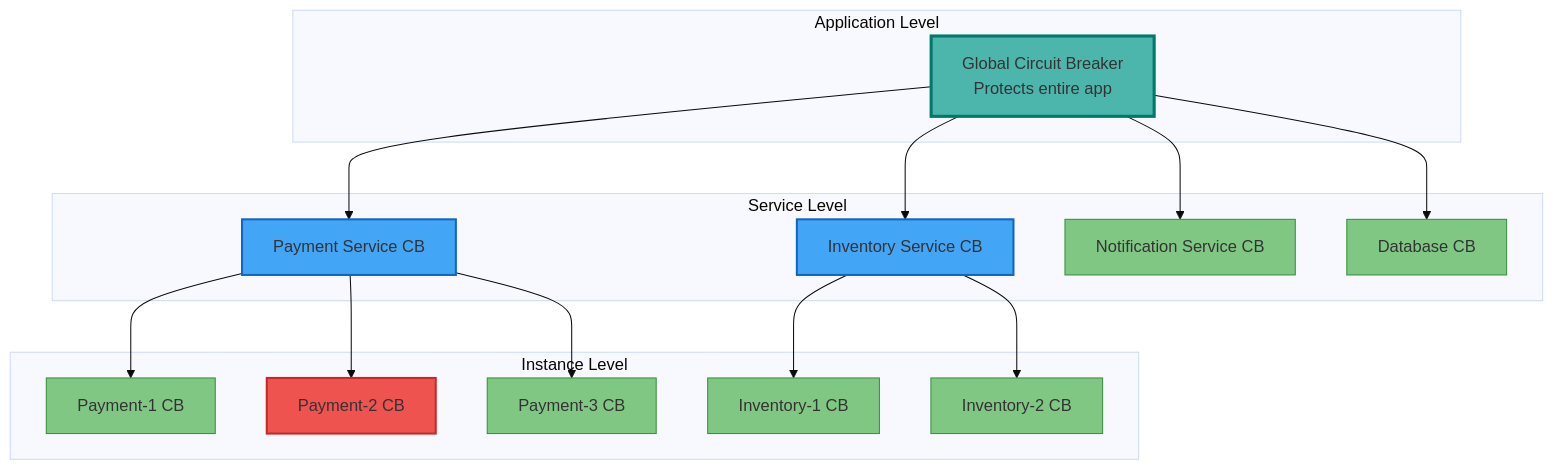
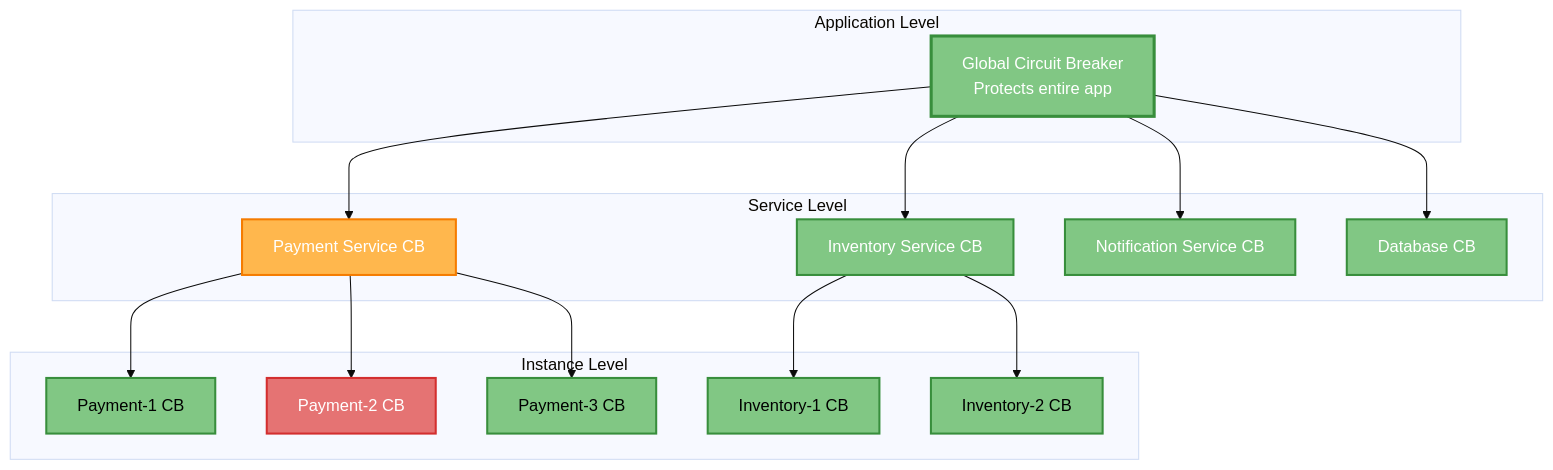
Before and after one commit to deepaucksharma/DStudio: the seventh of 14 diagrams in docs/patterns/circuit-breaker.md, drawn with Mermaid (base theme). The commit also changed other lines of this file and 43 other files, not shown here.

````diff
--- a/docs/patterns/circuit-breaker.md
+++ b/docs/patterns/circuit-breaker.md
@@ -611,38 +708,42 @@
 ```mermaid
 graph TB
     subgraph "Application Level"
         GCB[Global Circuit Breaker<br/>Protects entire app]
     end
     
     subgraph "Service Level"
         SCB1[Payment Service CB]
         SCB2[Inventory Service CB]
         SCB3[Notification Service CB]
         SCB4[Database CB]
     end
     
     subgraph "Instance Level"
         I1[Payment-1 CB]
         I2[Payment-2 CB]
         I3[Payment-3 CB]
         I4[Inventory-1 CB]
         I5[Inventory-2 CB]
     end
     
     GCB --> SCB1 & SCB2 & SCB3 & SCB4
     SCB1 --> I1 & I2 & I3
     SCB2 --> I4 & I5
     
-    style GCB fill:#4db6ac,stroke:#00796b,stroke-width:3px
-    style SCB1 fill:#42a5f5,stroke:#1565c0,stroke-width:2px
-    style SCB2 fill:#42a5f5,stroke:#1565c0,stroke-width:2px
-    style I2 fill:#ef5350,stroke:#c62828,stroke-width:2px
+    classDef global fill:#5448C8,stroke:#3f33a6,stroke-width:3px,color:#fff
+    classDef service fill:#00BCD4,stroke:#0097a7,stroke-width:2px,color:#fff
+    classDef instance fill:#81c784,stroke:#388e3c,stroke-width:2px,color:#000
+    classDef failing fill:#ef5350,stroke:#c62828,stroke-width:2px,color:#fff
+    class GCB global
+    class SCB1,SCB2,SCB3,SCB4 service
+    class I1,I3,I4,I5 instance
+    class I2 failing
     
     classDef healthy fill:#81c784,stroke:#388e3c
     classDef degraded fill:#ffb74d,stroke:#f57c00
     classDef failed fill:#e57373,stroke:#d32f2f
     
     class GCB,SCB2,SCB3,SCB4,I1,I3,I4,I5 healthy
     class SCB1 degraded
     class I2 failed
 ```
````
